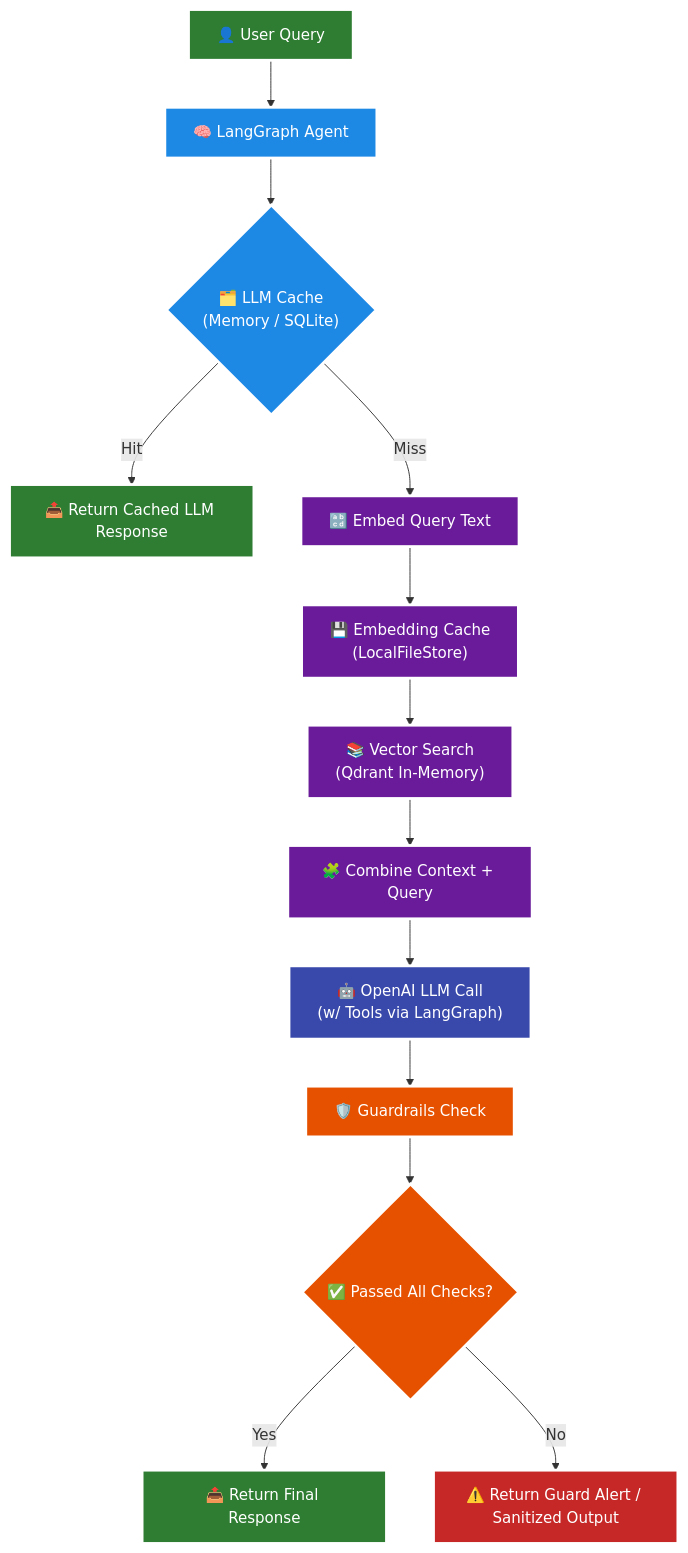
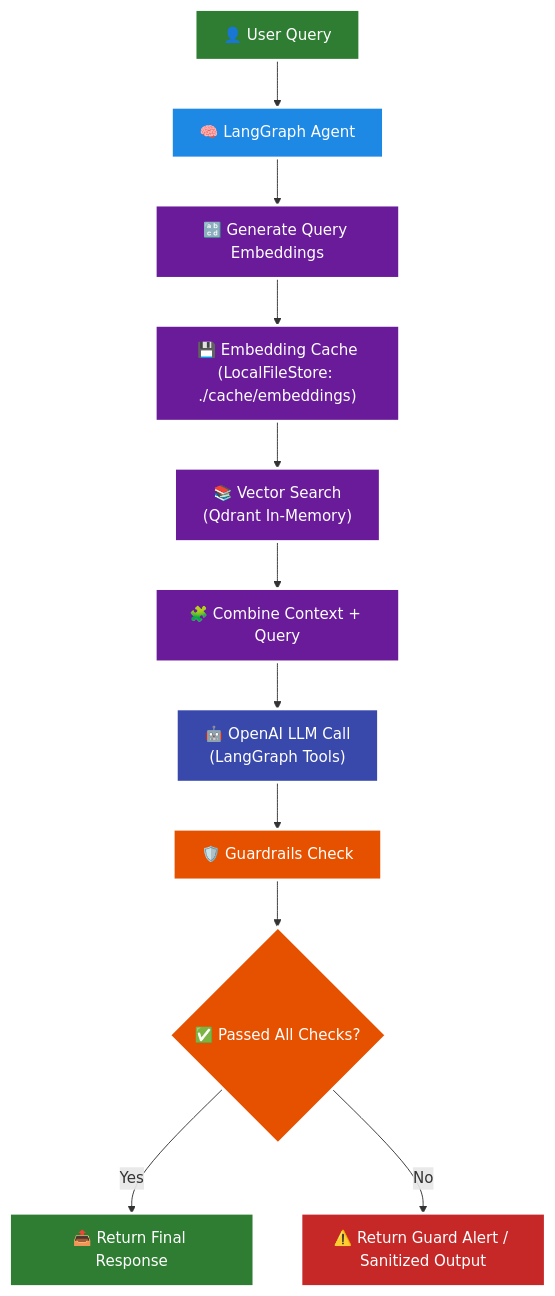
Before and after one commit to rchallapilla/AIE7: the diagram in 16_Production_RAG_and_Guardrails/Cache_GuardRails_flow.md, drawn with Mermaid. The commit also changed other lines of this file, not shown here.

Commit message:
updated mermaid

````diff
--- a/16_Production_RAG_and_Guardrails/Cache_GuardRails_flow.md
+++ b/16_Production_RAG_and_Guardrails/Cache_GuardRails_flow.md
@@ -10,40 +12,35 @@
 ```mermaid
 graph TD
     %% User Input
     A["👤 User Query"] --> B["🧠 LangGraph Agent"]
 
-    %% LLM Cache
-    B --> C{"🗂️ LLM Cache<br/>(Memory / SQLite)"}
-    C -->|Hit| Z1["📤 Return Cached LLM Response"]
-    C -->|Miss| D["🔡 Embed Query Text"]
-
     %% Embedding + RAG Flow
-    D --> E["💾 Embedding Cache<br/>(LocalFileStore)"]
-    E --> F["📚 Vector Search<br/>(Qdrant In-Memory)"]
-    F --> G["🧩 Combine Context + Query"]
+    B --> C["🔡 Generate Query Embeddings"]
+    C --> D["💾 Embedding Cache<br/>(LocalFileStore: ./cache/embeddings)"]
+    D --> E["📚 Vector Search<br/>(Qdrant In-Memory)"]
+    E --> F["🧩 Combine Context + Query"]
 
     %% LLM Call + Guardrails
-    G --> H["🤖 OpenAI LLM Call<br/>(w/ Tools via LangGraph)"]
-    H --> I["🛡️ Guardrails Check"]
+    F --> G["🤖 OpenAI LLM Call<br/>(LangGraph Tools)"]
+    G --> H["🛡️ Guardrails Check"]
 
     %% Guardrails Decision
-    I --> J{"✅ Passed All Checks?"}
-    J -->|Yes| K["📤 Return Final Response"]
-    J -->|No| L["⚠️ Return Guard Alert / Sanitized Output"]
+    H --> I{"✅ Passed All Checks?"}
+    I -->|Yes| J["📤 Return Final Response"]
+    I -->|No| K["⚠️ Return Guard Alert / Sanitized Output"]
 
     %% Styling
     style A fill:#2e7d32,stroke:#ffffff,stroke-width:3px,color:#ffffff
     style B fill:#1e88e5,stroke:#ffffff,stroke-width:3px,color:#ffffff
-    style C fill:#1e88e5,stroke:#ffffff,stroke-width:3px,color:#ffffff
+    style C fill:#6a1b9a,stroke:#ffffff,stroke-width:3px,color:#ffffff
     style D fill:#6a1b9a,stroke:#ffffff,stroke-width:3px,color:#ffffff
     style E fill:#6a1b9a,stroke:#ffffff,stroke-width:3px,color:#ffffff
     style F fill:#6a1b9a,stroke:#ffffff,stroke-width:3px,color:#ffffff
-    style G fill:#6a1b9a,stroke:#ffffff,stroke-width:3px,color:#ffffff
-    style H fill:#3949ab,stroke:#ffffff,stroke-width:3px,color:#ffffff
+    style G fill:#3949ab,stroke:#ffffff,stroke-width:3px,color:#ffffff
+    style H fill:#e65100,stroke:#ffffff,stroke-width:3px,color:#ffffff
     style I fill:#e65100,stroke:#ffffff,stroke-width:3px,color:#ffffff
-    style J fill:#e65100,stroke:#ffffff,stroke-width:3px,color:#ffffff
-    style K fill:#2e7d32,stroke:#ffffff,stroke-width:3px,color:#ffffff
-    style L fill:#c62828,stroke:#ffffff,stroke-width:3px,color:#ffffff
-    style Z1 fill:#2e7d32,stroke:#ffffff,stroke-width:3px,color:#ffffff
+    style J fill:#2e7d32,stroke:#ffffff,stroke-width:3px,color:#ffffff
+    style K fill:#c62828,stroke:#ffffff,stroke-width:3px,color:#ffffff
+
 
 ```
````
